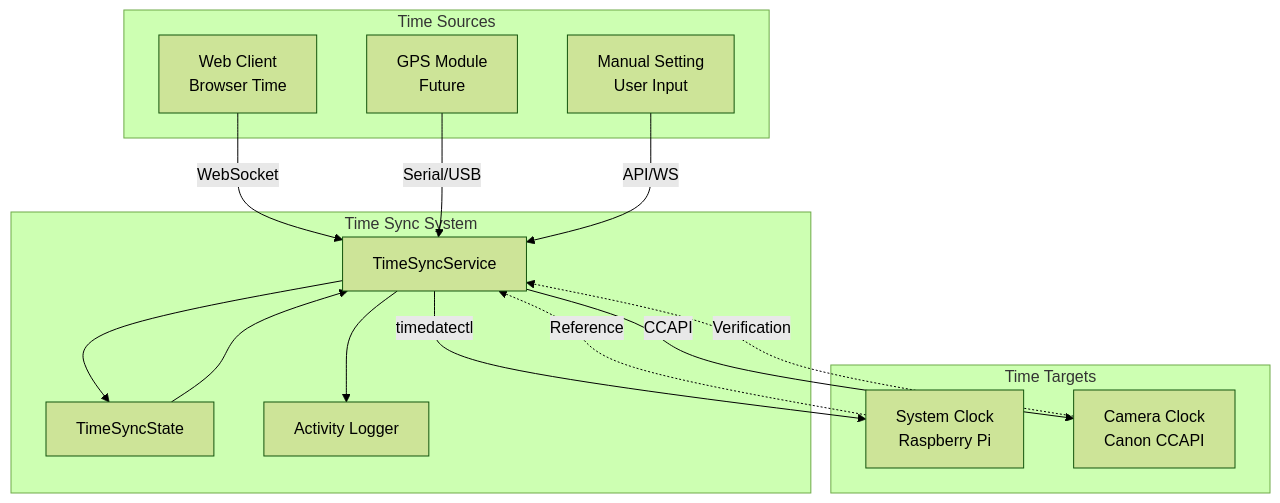
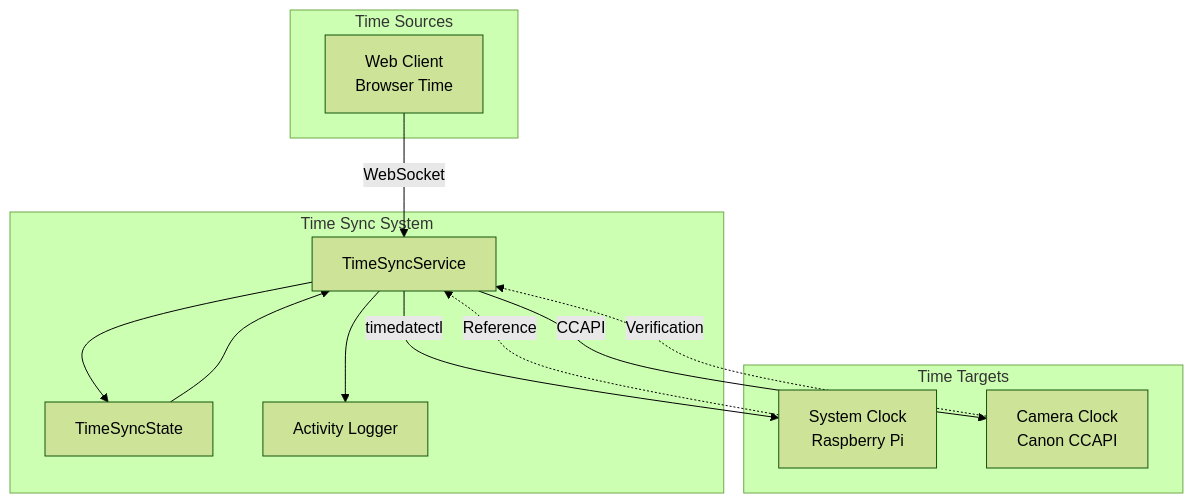
One commit to PapaMarky/pi-camera-control changed the diagram in docs/design/time-synchronization.md. Above: the diagram before and after it, drawn with Mermaid (forest theme). The commit also changed other lines of this file and 13 other files, not shown here.

````diff
--- a/docs/design/time-synchronization.md
+++ b/docs/design/time-synchronization.md
@@ -28,33 +31,29 @@
 ```mermaid
 graph TD
     subgraph "Time Sources"
         CLIENT[Web Client<br/>Browser Time]
-        GPS[GPS Module<br/>Future]
-        MANUAL[Manual Setting<br/>User Input]
     end
 
     subgraph "Time Sync System"
         SERVICE[TimeSyncService]
         STATE[TimeSyncState]
         LOG[Activity Logger]
     end
 
     subgraph "Time Targets"
         SYSTEM[System Clock<br/>Raspberry Pi]
         CAMERA[Camera Clock<br/>Canon CCAPI]
     end
 
     CLIENT -->|WebSocket| SERVICE
-    GPS -->|Serial/USB| SERVICE
-    MANUAL -->|API/WS| SERVICE
 
     SERVICE --> STATE
     SERVICE --> LOG
     STATE --> SERVICE
 
     SERVICE -->|timedatectl| SYSTEM
     SERVICE -->|CCAPI| CAMERA
 
     SYSTEM -.->|Reference| SERVICE
     CAMERA -.->|Verification| SERVICE
 ```
````
